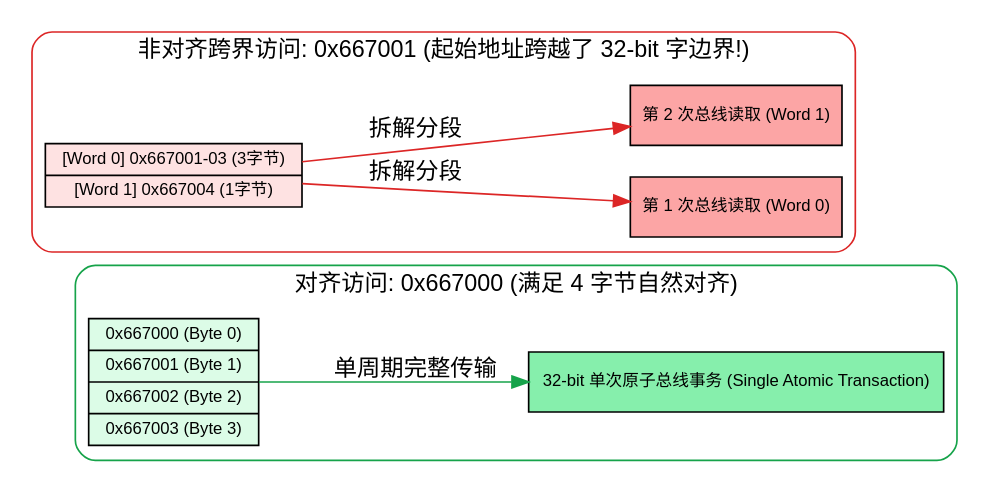
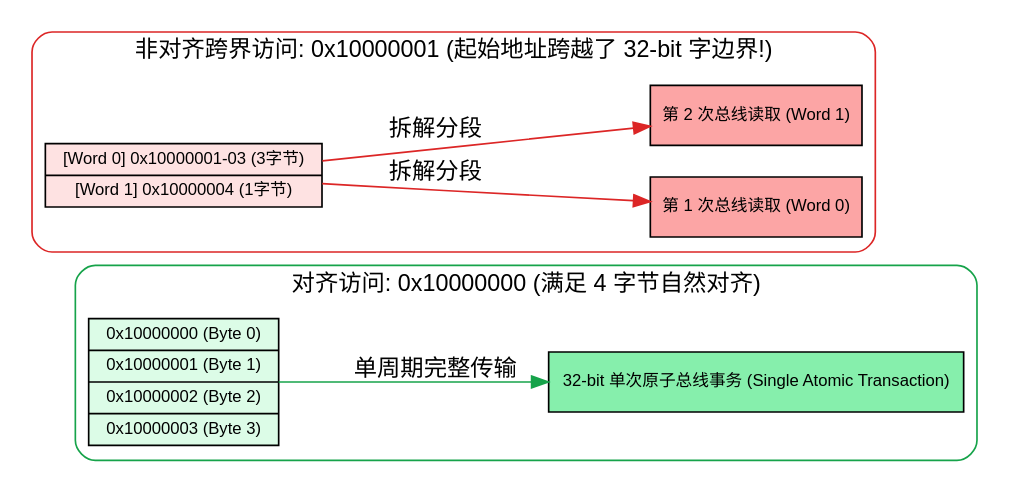
One commit to hqu-little-boy/blog changed the seventh of 12 diagrams in src/content/posts/heterogeneous-dual-core-communication-cache-coherence-and-mmio-guide.md. Above: the diagram before and after it, drawn with Graphviz. The commit also changed other lines of this file, not shown here.

````diff
--- a/src/content/posts/heterogeneous-dual-core-communication-cache-coherence-and-mmio-guide.md
+++ b/src/content/posts/heterogeneous-dual-core-communication-cache-coherence-and-mmio-guide.md
@@ -325,27 +325,27 @@
 ```dot
 digraph alignment_compare {
     rankdir=LR;
     fontname="sans-serif";
     node [shape=record, fontname="sans-serif", fontsize=10];
 
     subgraph cluster_aligned {
-        label = "对齐访问: 0x667000 (满足 4 字节自然对齐)";
+        label = "对齐访问: 0x10000000 (满足 4 字节自然对齐)";
         style = "rounded";
         color = "#16a34a";
-        A_DATA [label="<f0> 0x667000 (Byte 0)|<f1> 0x667001 (Byte 1)|<f2> 0x667002 (Byte 2)|<f3> 0x667003 (Byte 3)", fillcolor="#dcfce7", style=filled];
+        A_DATA [label="<f0> 0x10000000 (Byte 0)|<f1> 0x10000001 (Byte 1)|<f2> 0x10000002 (Byte 2)|<f3> 0x10000003 (Byte 3)", fillcolor="#dcfce7", style=filled];
         A_BUS [label="{ 32-bit 单次原子总线事务 (Single Atomic Transaction) }", fillcolor="#86efac", style=filled];
         A_DATA -> A_BUS [label="单周期完整传输", color="#16a34a"];
     }
 
     subgraph cluster_unaligned {
-        label = "非对齐跨界访问: 0x667001 (起始地址跨越了 32-bit 字边界!)";
+        label = "非对齐跨界访问: 0x10000001 (起始地址跨越了 32-bit 字边界!)";
         style = "rounded";
         color = "#dc2626";
-        U_DATA [label="<f0> [Word 0] 0x667001-03 (3字节)|<f1> [Word 1] 0x667004 (1字节)", fillcolor="#fee2e2", style=filled];
+        U_DATA [label="<f0> [Word 0] 0x10000001-03 (3字节)|<f1> [Word 1] 0x10000004 (1字节)", fillcolor="#fee2e2", style=filled];
         U_BUS1 [label="第 1 次总线读取 (Word 0)", fillcolor="#fca5a5", style=filled];
         U_BUS2 [label="第 2 次总线读取 (Word 1)", fillcolor="#fca5a5", style=filled];
         U_DATA -> U_BUS1 [label="拆解分段", color="#dc2626"];
         U_DATA -> U_BUS2 [label="拆解分段", color="#dc2626"];
     }
 }
 ```
````
